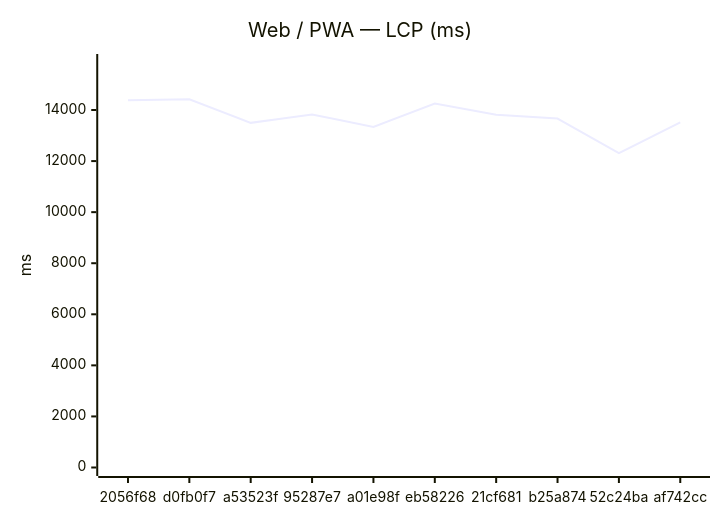
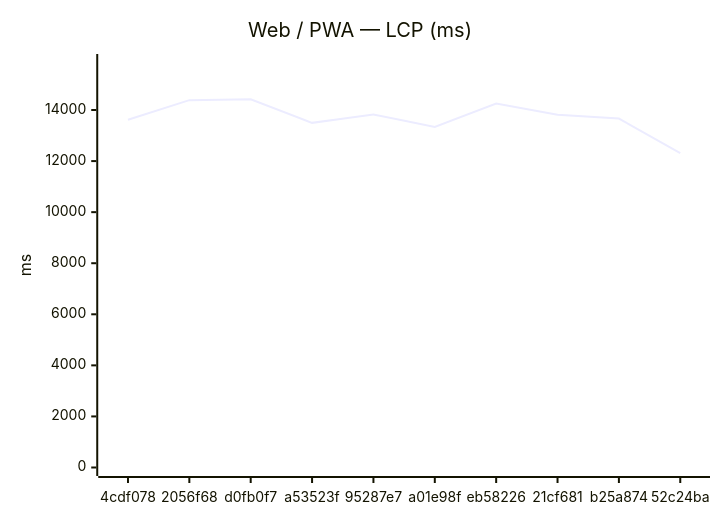
The first of 18 diagrams in benchmarks/compare.md (Metaheurist/Rianell), drawn with Mermaid before and after one commit. The commit also changed other lines of this file and 11 other files, not shown here.

````diff
--- a/benchmarks/compare.md
+++ b/benchmarks/compare.md
@@ -24,7 +24,7 @@
 ```mermaid
 xychart-beta
     title "Web / PWA — LCP (ms)"
-    x-axis ["2056f68", "d0fb0f7", "a53523f", "95287e7", "a01e98f", "eb58226", "21cf681", "b25a874", "52c24ba", "af742cc"]
+    x-axis ["4cdf078", "2056f68", "d0fb0f7", "a53523f", "95287e7", "a01e98f", "eb58226", "21cf681", "b25a874", "52c24ba"]
     y-axis "ms" 0 --> 15861
-    line [14386, 14419, 13497, 13828, 13339, 14256, 13811, 13665, 12311, 13514]
+    line [13617, 14386, 14419, 13497, 13828, 13339, 14256, 13811, 13665, 12311]
 ```
````
